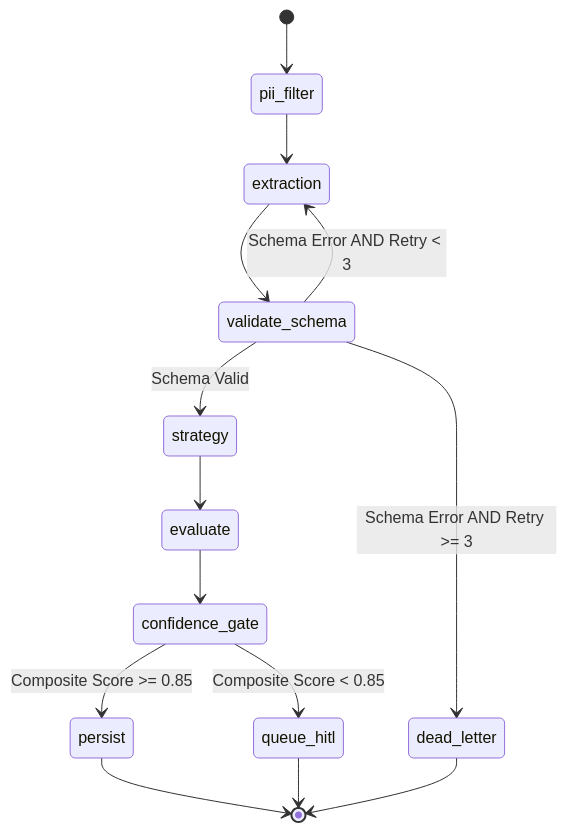
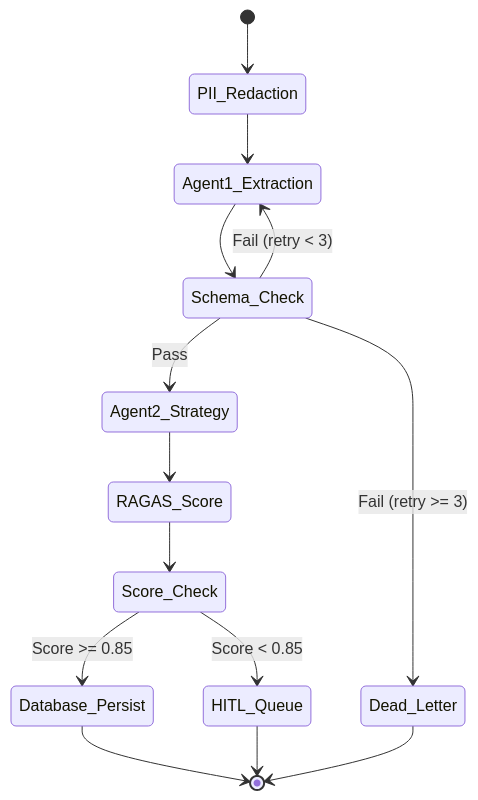
The sixth of 21 diagrams in docs/Nimblize_Future_Implementation_Roadmap.md (ruthvikgoud16/Nimblize-demo), drawn with Mermaid before and after one commit. The commit also changed other lines of this file and 1 other file, not shown here.

Commit message:
Improve future implementation roadmap report design

````diff
--- a/docs/Nimblize_Future_Implementation_Roadmap.md
+++ b/docs/Nimblize_Future_Implementation_Roadmap.md
@@ -561,21 +291,18 @@
 ```mermaid
 stateDiagram-v2
-    [*] --> pii_filter
-    pii_filter --> extraction
-
-    extraction --> validate_schema
-    state validate_schema <<choice>>
-    validate_schema --> extraction : Schema Error AND Retry < 3
-    validate_schema --> dead_letter : Schema Error AND Retry >= 3
-    validate_schema --> strategy : Schema Valid
-
-    strategy --> evaluate
-    evaluate --> confidence_gate
-    state confidence_gate <<choice>>
-    confidence_gate --> persist : Composite Score >= 0.85
-    confidence_gate --> queue_hitl : Composite Score < 0.85
-
-    persist --> [*]
-    queue_hitl --> [*]
-    dead_letter --> [*]
+    [*] --> PII_Redaction
+    PII_Redaction --> Agent1_Extraction
+    Agent1_Extraction --> Schema_Check
+    state Schema_Check <<choice>>
+    Schema_Check --> Agent1_Extraction : Fail (retry < 3)
+    Schema_Check --> Dead_Letter : Fail (retry >= 3)
+    Schema_Check --> Agent2_Strategy : Pass
+    Agent2_Strategy --> RAGAS_Score
+    RAGAS_Score --> Score_Check
+    state Score_Check <<choice>>
+    Score_Check --> Database_Persist : Score >= 0.85
+    Score_Check --> HITL_Queue : Score < 0.85
+    Database_Persist --> [*]
+    HITL_Queue --> [*]
+    Dead_Letter --> [*]
 ```
````
